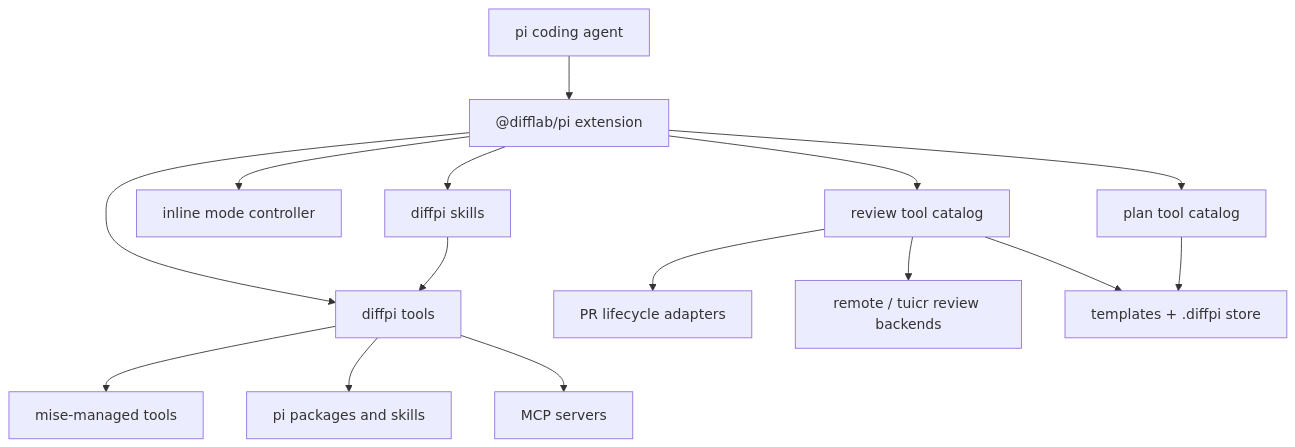
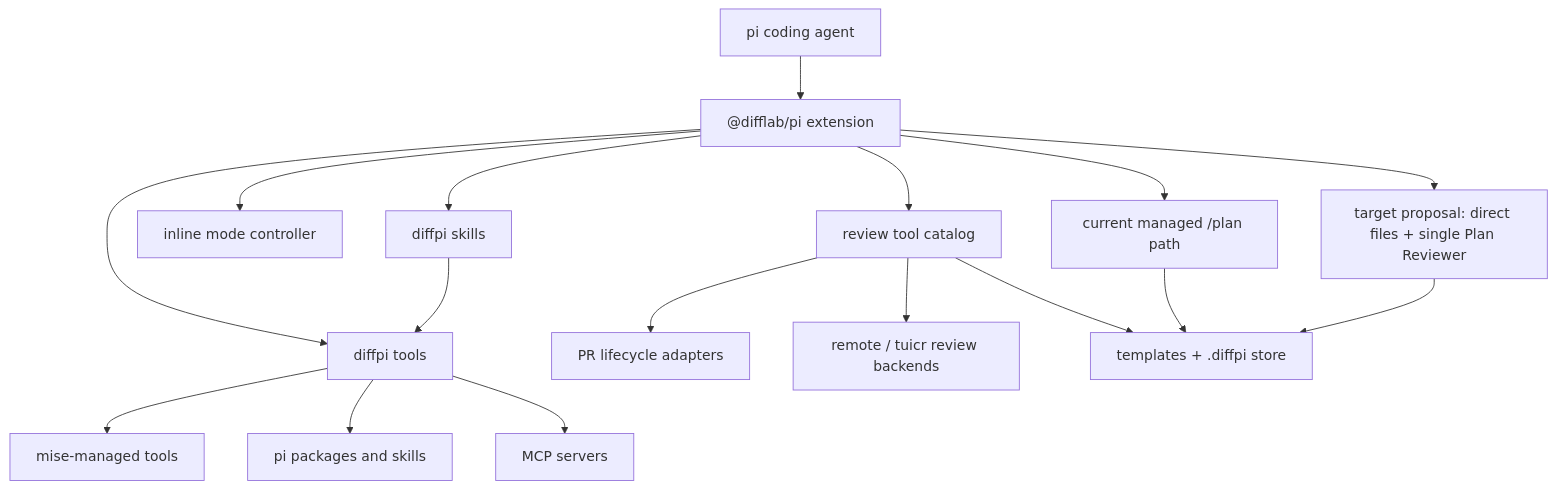
Before and after one commit to difflab-io/diffpi: the diagram in docs/architecture/index.md, drawn with Mermaid. The commit also changed other lines of this file and 4 other files, not shown here.

````diff
--- a/docs/architecture/index.md
+++ b/docs/architecture/index.md
@@ -31,17 +31,19 @@
 ```mermaid
 graph TD
     Pi["pi coding agent"] --> Extension["@difflab/pi extension"]
     Extension --> Tools["diffpi tools"]
     Extension --> Skills["diffpi skills"]
     Extension --> Modes["inline mode controller"]
     Extension --> Review["review tool catalog"]
-    Extension --> Plan["plan tool catalog"]
+    Extension --> PlanCurrent["current managed /plan path"]
+    Extension --> PlanTarget["target proposal: direct files + single Plan Reviewer"]
     Skills --> Tools
     Review --> Forge["PR lifecycle adapters"]
     Review --> Backends["remote / tuicr review backends"]
     Review --> Store["templates + .diffpi store"]
-    Plan --> Store
+    PlanCurrent --> Store
+    PlanTarget --> Store
     Tools --> Mise["mise-managed tools"]
     Tools --> Packages["pi packages and skills"]
     Tools --> MCP["MCP servers"]
 ```
````
